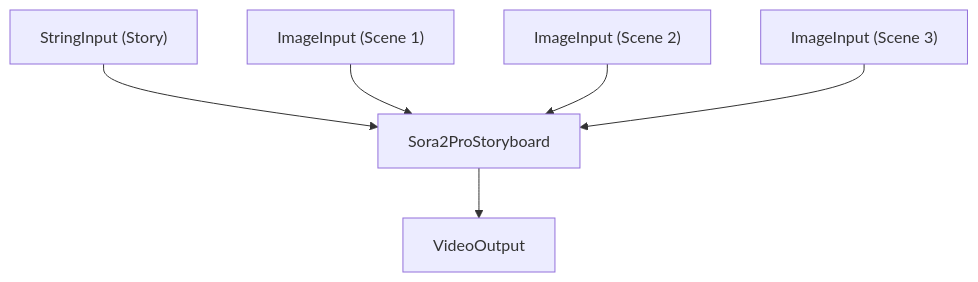
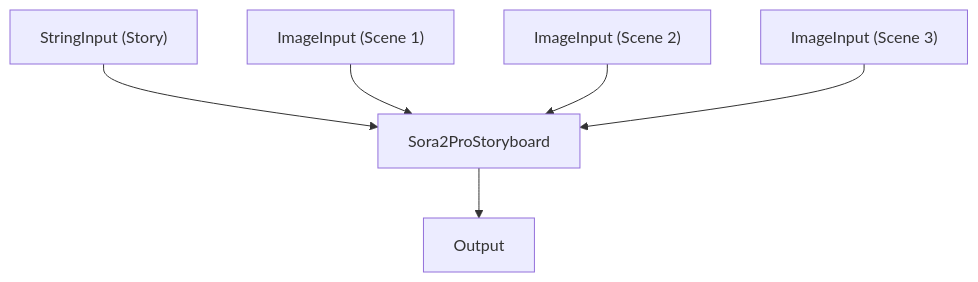
Diagram 17 of 17 in docs/cookbook/patterns.md (nodetool-ai/nodetool), drawn with Mermaid before and after one commit. The commit also changed other lines of this file and 24 other files, not shown here.

```diff
--- a/docs/cookbook/patterns.md
+++ b/docs/cookbook/patterns.md
@@ -588,14 +588,14 @@
 {% mermaid %}
 graph TD
   story_prompt["StringInput (Story)"]
   image1["ImageInput (Scene 1)"]
   image2["ImageInput (Scene 2)"]
   image3["ImageInput (Scene 3)"]
-  video_output["VideoOutput"]
+  output["Output"]
   sora_storyboard["Sora2ProStoryboard"]
-  sora_storyboard --> video_output
+  sora_storyboard --> output
   story_prompt --> sora_storyboard
   image1 --> sora_storyboard
   image2 --> sora_storyboard
   image3 --> sora_storyboard
 {% endmermaid %}
```
